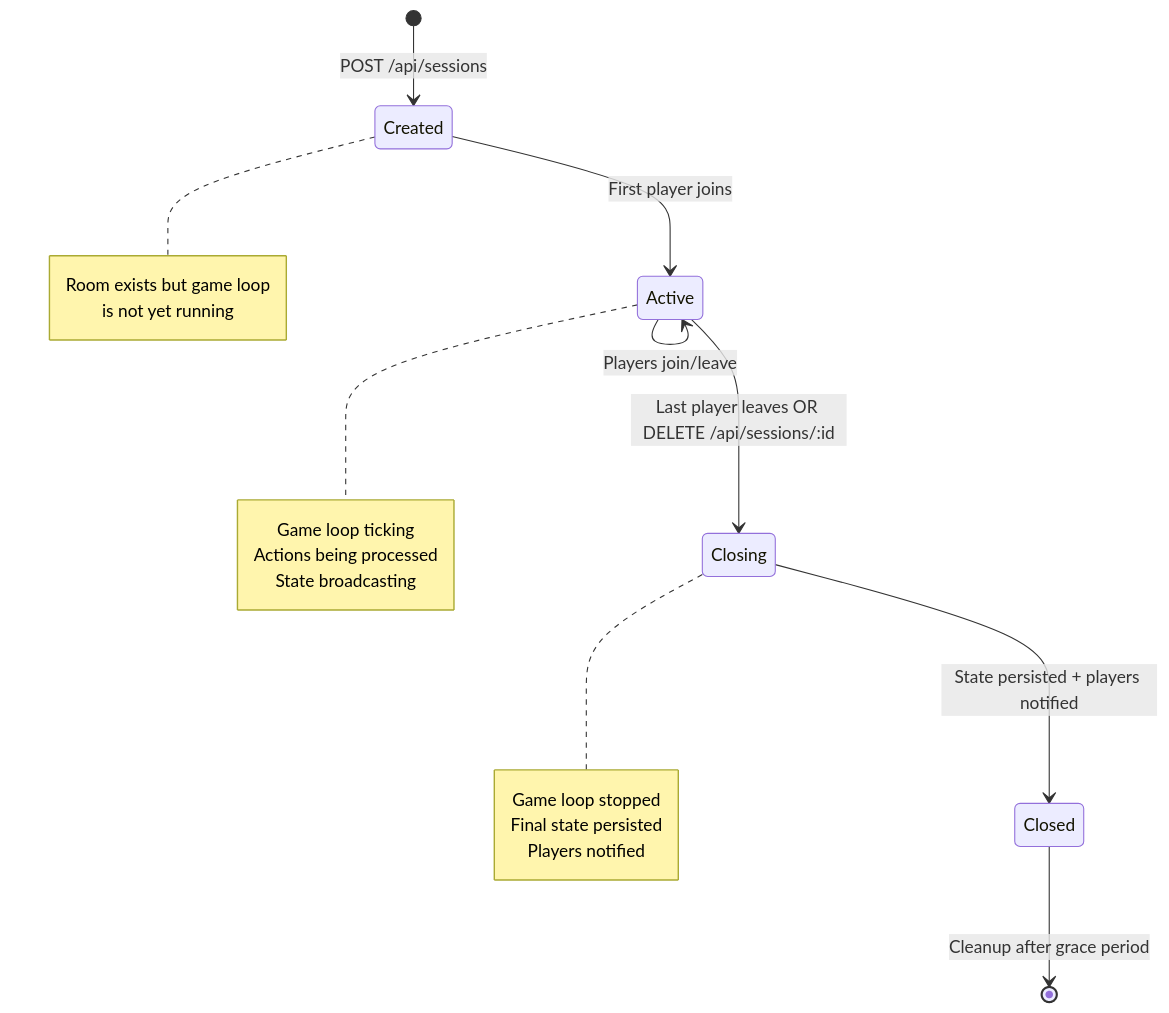
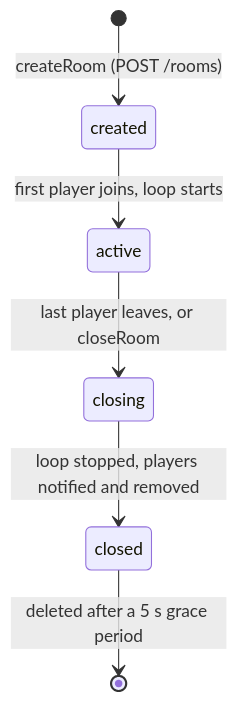
The second of 2 diagrams in skills/game-backend-architecture/ARCHITECTURE.md (fcsouza/agent-skills), drawn with Mermaid before and after one commit. The commit also changed other lines of this file and 8 other files, not shown here.

First line of the commit message:
game-backend-architecture: verified sources, trimmed body, current APIs

````diff
--- a/skills/game-backend-architecture/ARCHITECTURE.md
+++ b/skills/game-backend-architecture/ARCHITECTURE.md
@@ -81,26 +36,8 @@
 ```mermaid
 stateDiagram-v2
-    [*] --> Created: POST /api/sessions
-    Created --> Active: First player joins
-    Active --> Active: Players join/leave
-    Active --> Closing: Last player leaves OR DELETE /api/sessions/:id
-    Closing --> Closed: State persisted + players notified
-    Closed --> [*]: Cleanup after grace period
-
-    note right of Created
-        Room exists but game loop
-        is not yet running
-    end note
-
-    note right of Active
-        Game loop ticking
-        Actions being processed
-        State broadcasting
-    end note
-
-    note right of Closing
-        Game loop stopped
-        Final state persisted
-        Players notified
-    end note
+    [*] --> created: createRoom (POST /rooms)
+    created --> active: first player joins, loop starts
+    active --> closing: last player leaves, or closeRoom
+    closing --> closed: loop stopped, players notified and removed
+    closed --> [*]: deleted after a 5 s grace period
 ```
````
